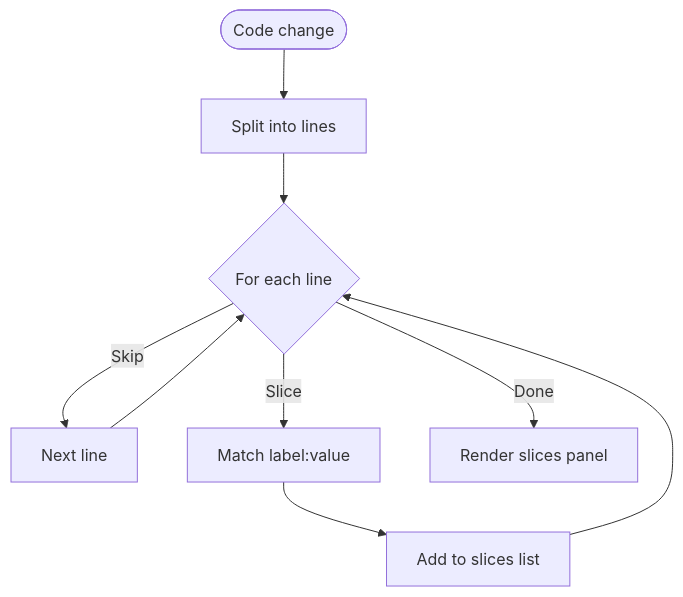
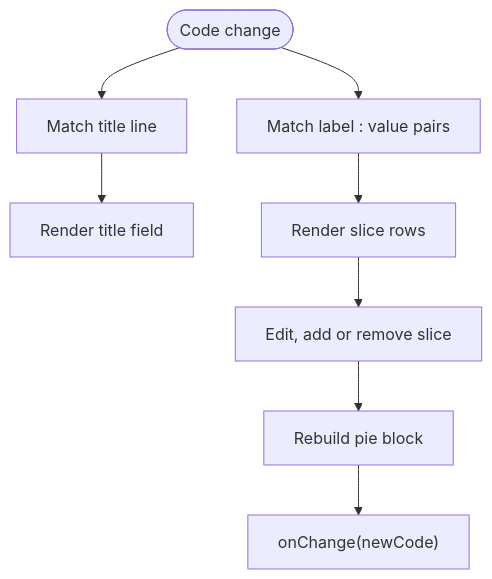
Before and after one commit to ongchonghian/universal-diagram-editor: the third of 4 diagrams in .qoder/repowiki/en/content/Diagram Types and Formats/Mermaid Diagrams/Gantt Charts and Pie Charts.md, drawn with Mermaid. The commit also changed other lines of this file and 31 other files, not shown here.

````diff
--- a/.qoder/repowiki/en/content/Diagram Types and Formats/Mermaid Diagrams/Gantt Charts and Pie Charts.md
+++ b/.qoder/repowiki/en/content/Diagram Types and Formats/Mermaid Diagrams/Gantt Charts and Pie Charts.md
@@ -155,11 +123,10 @@
 ```mermaid
 flowchart TD
-Start(["Code change"]) --> Split["Split into lines"]
-Split --> Iterate{"For each line"}
-Iterate --> |Skip| Next["Next line"]
-Iterate --> |Slice| Match["Match label:value"]
-Match --> Add["Add to slices list"]
-Add --> Iterate
-Next --> Iterate
-Iterate --> |Done| Render["Render slices panel"]
+Start(["Code change"]) --> Title["Match title line"]
+Start --> Slices["Match label : value pairs"]
+Title --> Render["Render title field"]
+Slices --> Render2["Render slice rows"]
+Render2 --> Edit["Edit, add or remove slice"]
+Edit --> Rewrite["Rebuild pie block"]
+Rewrite --> Out["onChange(newCode)"]
 ```
````
